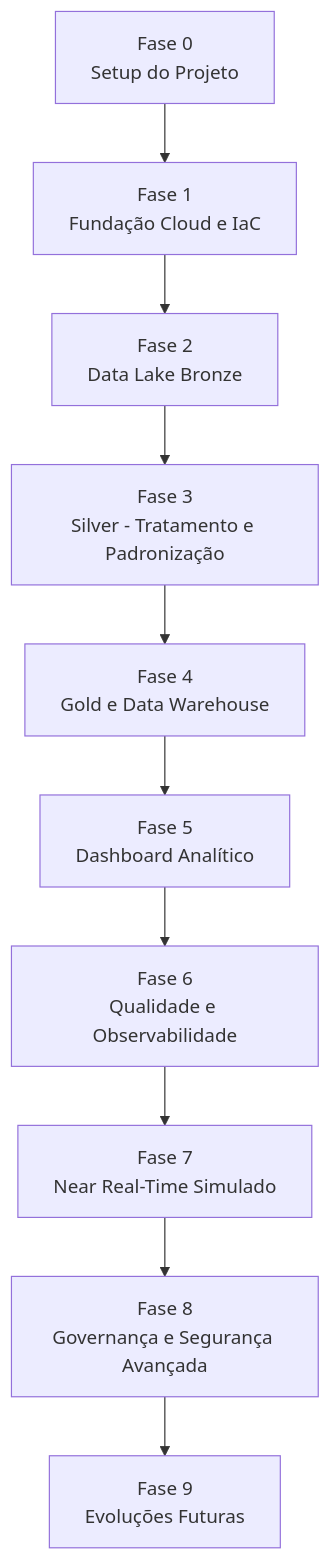
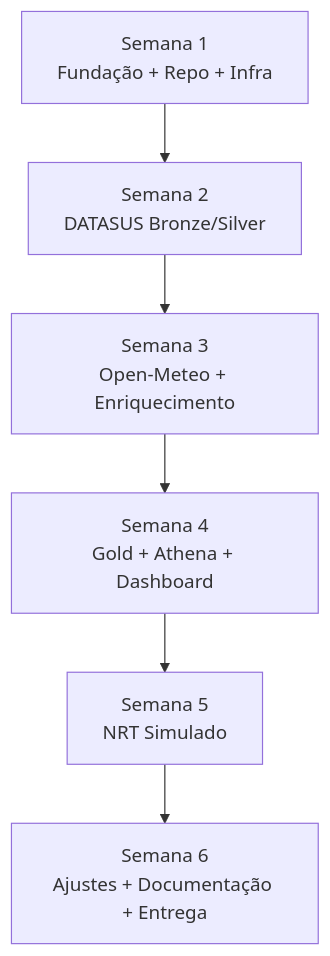
Before and after one commit to lleonardo-p/data_masters: the diagram in roadmap/BAIP_ROADMAP_TODO.md, drawn with Mermaid. The commit also changed other lines of this file, not shown here.

````diff
--- a/roadmap/BAIP_ROADMAP_TODO.md
+++ b/roadmap/BAIP_ROADMAP_TODO.md
@@ -41,12 +103,8 @@
 ```mermaid
 flowchart TD
-    A["Fase 0<br/>Setup do Projeto"] --> B["Fase 1<br/>Fundação Cloud e IaC"]
-    B --> C["Fase 2<br/>Data Lake Bronze"]
-    C --> D["Fase 3<br/>Silver - Tratamento e Padronização"]
-    D --> E["Fase 4<br/>Gold e Data Warehouse"]
-    E --> F["Fase 5<br/>Dashboard Analítico"]
-    F --> G["Fase 6<br/>Qualidade e Observabilidade"]
-    G --> H["Fase 7<br/>Near Real-Time Simulado"]
-    H --> I["Fase 8<br/>Governança e Segurança Avançada"]
-    I --> J["Fase 9<br/>Evoluções Futuras"]
+    A["Semana 1<br/>Fundação + Repo + Infra"] --> B["Semana 2<br/>DATASUS Bronze/Silver"]
+    B --> C["Semana 3<br/>Open-Meteo + Enriquecimento"]
+    C --> D["Semana 4<br/>Gold + Athena + Dashboard"]
+    D --> E["Semana 5<br/>NRT Simulado"]
+    E --> F["Semana 6<br/>Ajustes + Documentação + Entrega"]
 ```
````
